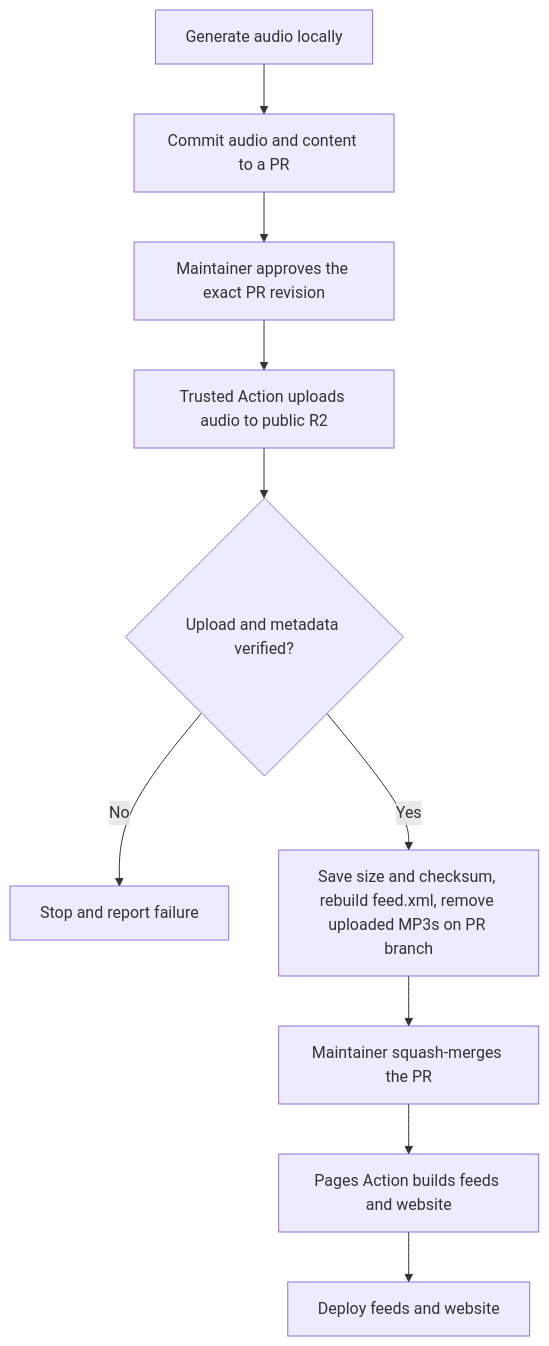
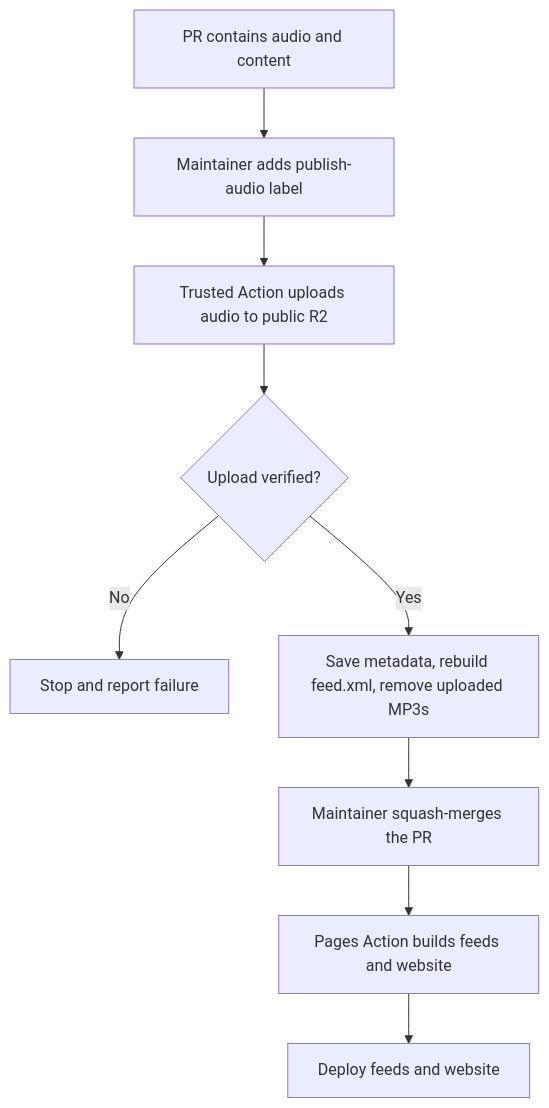
Before and after one commit to trusohamn/repeto: the first of 2 diagrams in docs/deploy.md, drawn with Mermaid. The commit also changed other lines of this file, not shown here.

Commit message:
Document staged audio pipeline design

````diff
--- a/docs/deploy.md
+++ b/docs/deploy.md
@@ -8,12 +13,11 @@
 ```mermaid
 flowchart TD
-    A["Generate audio locally"] --> B["Commit audio and content to a PR"]
-    B --> C["Maintainer approves the exact PR revision"]
-    C --> D["Trusted Action uploads audio to public R2"]
-    D --> E{"Upload and metadata verified?"}
-    E -- No --> F["Stop and report failure"]
-    E -- Yes --> G["Save size and checksum, rebuild feed.xml, remove uploaded MP3s on PR branch"]
-    G --> H["Maintainer squash-merges the PR"]
-    H --> I["Pages Action builds feeds and website"]
-    I --> J["Deploy feeds and website"]
+    A["PR contains audio and content"] --> B["Maintainer adds publish-audio label"]
+    B --> C["Trusted Action uploads audio to public R2"]
+    C --> D{"Upload verified?"}
+    D -- No --> E["Stop and report failure"]
+    D -- Yes --> F["Save metadata, rebuild feed.xml, remove uploaded MP3s"]
+    F --> G["Maintainer squash-merges the PR"]
+    G --> H["Pages Action builds feeds and website"]
+    H --> I["Deploy feeds and website"]
 ```
````
